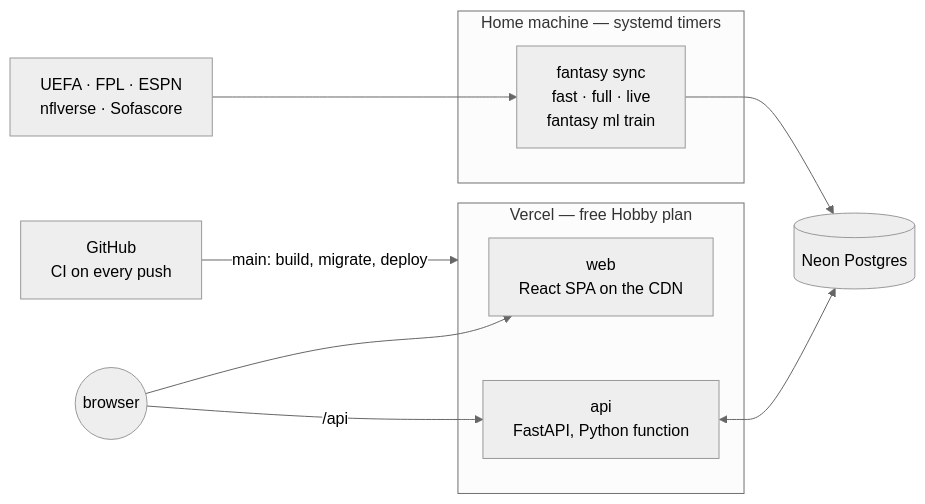
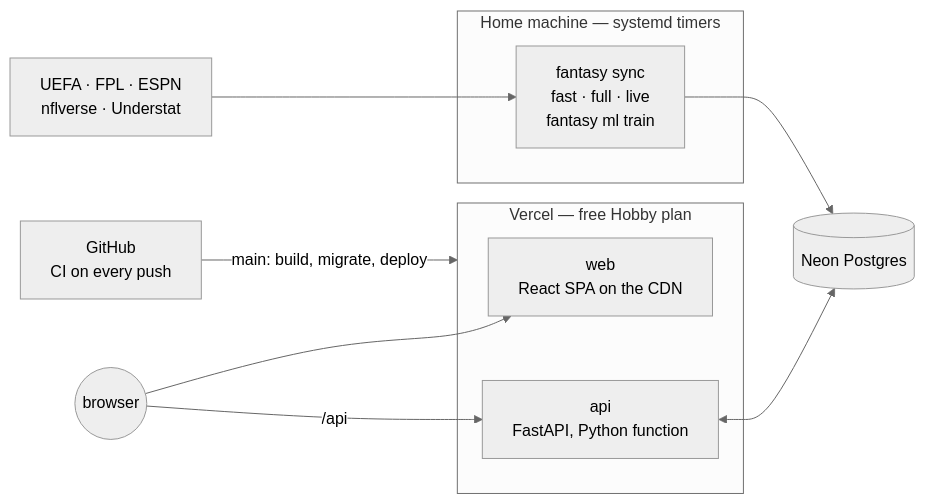
The diagram in README.md (lfrocharod/fantasy-dashboard), drawn with Mermaid (neutral theme) before and after one commit. The commit also changed 13 other files, not shown here.

````diff
--- a/README.md
+++ b/README.md
@@ -59,19 +59,19 @@
 ```mermaid
 flowchart LR
   subgraph home["Home machine — systemd timers"]
     R["fantasy sync<br/>fast · full · live<br/>fantasy ml train"]
   end
   subgraph vercel["Vercel — free Hobby plan"]
     W["web<br/>React SPA on the CDN"]
     A["api<br/>FastAPI, Python function"]
   end
   DB[("Neon Postgres")]
   GH["GitHub<br/>CI on every push"]
-  SRC["UEFA · FPL · ESPN<br/>nflverse · Sofascore"]
+  SRC["UEFA · FPL · ESPN<br/>nflverse · Understat"]
 
   SRC --> R --> DB
   A <--> DB
   GH -- "main: build, migrate, deploy" --> vercel
   B(("browser")) --> W
   B -- "/api" --> A
 ```
````
